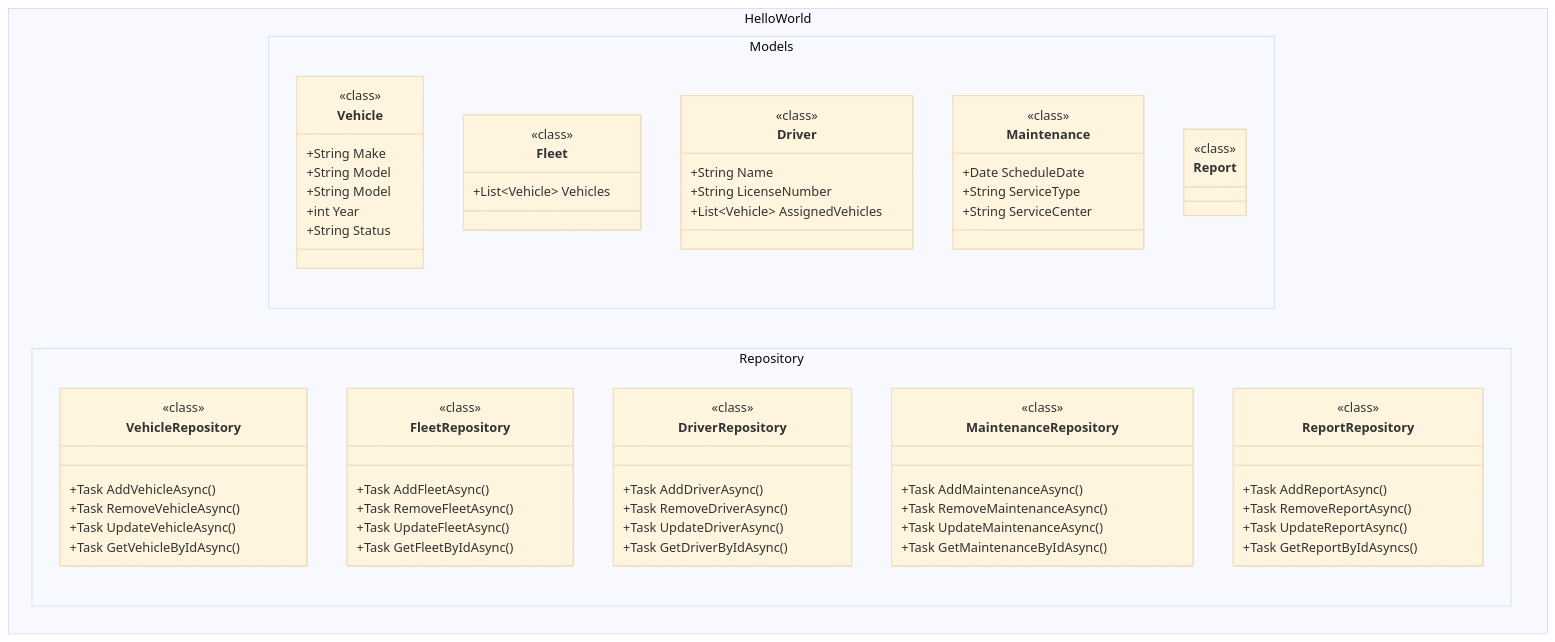
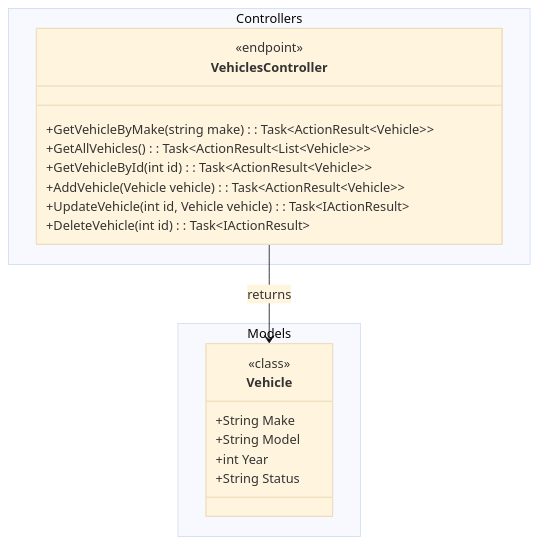
Before and after one commit to ReneLombard/mermaid-codegen: the diagram in src/mermaid.md, drawn with Mermaid (base theme). The commit also changed 11 other files, not shown here.

````diff
--- a/src/mermaid.md
+++ b/src/mermaid.md
@@ -31,77 +31,28 @@
 ```mermaid
 classDiagram
-namespace HelloWorld.Models {
+
+namespace Models {
     class Vehicle {
         <<class>>
         +String Make
         +String Model
-        +String Model
         +int Year
         +String Status
     }
+}
 
-    class Fleet {
-        <<class>>
-        +List~Vehicle~ Vehicles
-    }
-
-    class Driver {
-        <<class>>
-        +String Name
-        +String LicenseNumber
-        +List~Vehicle~ AssignedVehicles
-    }
-
-    class Maintenance {
-        <<class>>
-        +Date ScheduleDate
-        +String ServiceType
-        +String ServiceCenter
-    }
-
-    class Report {
-        <<class>>
+namespace Controllers {
+    class VehiclesController {
+        <<endpoint>>
+        +GetVehicleByMake(string make): Task~ActionResult~Vehicle~~
+        +GetAllVehicles(): Task~ActionResult~List~Vehicle~~~
+        +GetVehicleById(int id): Task~ActionResult~Vehicle~~
+        +AddVehicle(Vehicle vehicle): Task~ActionResult~Vehicle~~
+        +UpdateVehicle(int id, Vehicle vehicle): Task~IActionResult~
+        +DeleteVehicle(int id): Task~IActionResult~
     }
 }
-namespace HelloWorld.Repository {
-    class VehicleRepository {
-        <<class>>
-        +Task AddVehicleAsync()
-        +Task RemoveVehicleAsync()
-        +Task UpdateVehicleAsync()
-        +Task GetVehicleByIdAsync()
-    }
 
-    class FleetRepository {
-        <<class>>
-        +Task AddFleetAsync()
-        +Task RemoveFleetAsync()
-        +Task UpdateFleetAsync()
-        +Task GetFleetByIdAsync()
-    }
+VehiclesController --> Vehicle : returns
 
-    class DriverRepository {
-        <<class>>
-        +Task AddDriverAsync()
-        +Task RemoveDriverAsync()
-        +Task UpdateDriverAsync()
-        +Task GetDriverByIdAsync()
-    }
-
-    class MaintenanceRepository {
-        <<class>>
-        +Task AddMaintenanceAsync()
-        +Task RemoveMaintenanceAsync()
-        +Task UpdateMaintenanceAsync()
-        +Task GetMaintenanceByIdAsync()
-    }
-
-    class ReportRepository {
-        <<class>>
-        +Task AddReportAsync()
-        +Task RemoveReportAsync()
-        +Task UpdateReportAsync()
-        +Task GetReportByIdAsyncs()
-    }
-}
 ```
````
